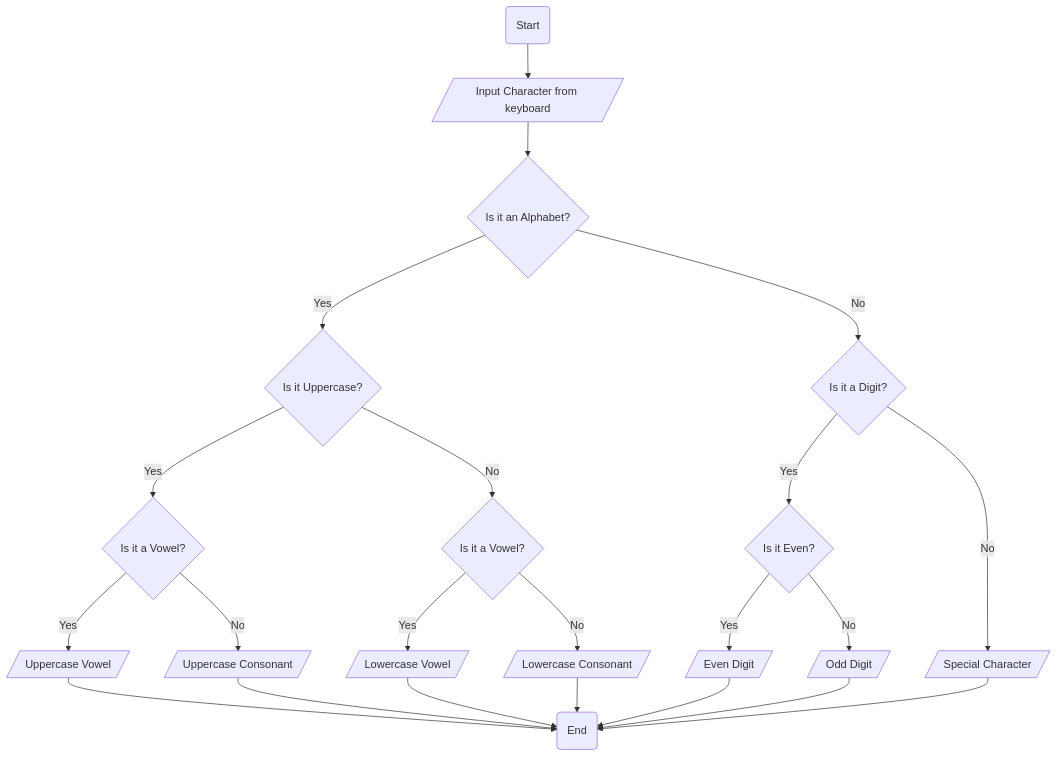
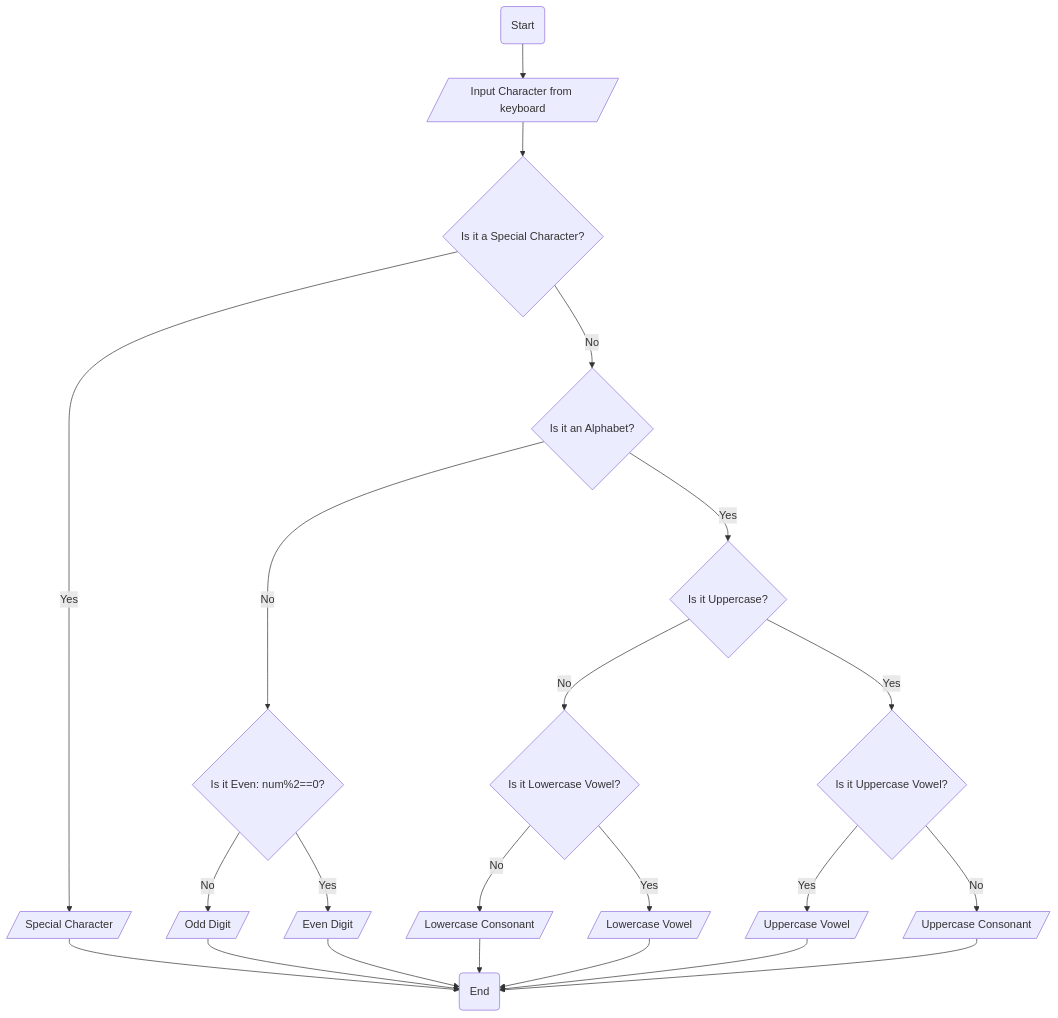
The diagram in ETS1343_15_WENDMAGEGN_TAJURA/Activity_3.1/A_3.1.3/Character_Checker.md (SWEG-2015EC-Batch/Code-Warrior), drawn with Mermaid before and after one commit.

````diff
--- a/ETS1343_15_WENDMAGEGN_TAJURA/Activity_3.1/A_3.1.3/Character_Checker.md
+++ b/ETS1343_15_WENDMAGEGN_TAJURA/Activity_3.1/A_3.1.3/Character_Checker.md
@@ -4,24 +4,24 @@
 ```mermaid
 graph TD
 A(Start) --> B[/Input Character from keyboard/]
-B --> C{Is it an Alphabet?}
-C -- Yes --> D{Is it Uppercase?}
-D -- Yes --> E{Is it a Vowel?}
-E -- Yes --> F[/Uppercase Vowel/]
-E -- No --> G[/Uppercase Consonant/]
-D -- No --> H{Is it a Vowel?}
-H -- Yes --> I[/Lowercase Vowel/]
-H -- No --> J[/Lowercase Consonant/]
-C -- No --> K{Is it a Digit?}
-K -- Yes --> L{Is it Even?}
-L -- Yes --> M[/Even Digit/]
-L -- No --> N[/Odd Digit/]
-K -- No --> O[/Special Character/]
-F --> Q(End)
-G --> Q
-I --> Q
-J --> Q
-M --> Q
-N --> Q
-O --> Q
+B --> C{Is it a Special Character?}
+C -- Yes --> D[/Special Character/]
+C -- No --> E{Is it an Alphabet?}
+E -- Yes --> F{Is it Uppercase?}
+F -- Yes --> K{Is it Uppercase Vowel?}
+K -- Yes --> N[/Uppercase Vowel/]
+K -- No --> O[/Uppercase Consonant/]
+F -- No --> J{Is it Lowercase Vowel?}
+J -- Yes --> M[/Lowercase Vowel/]
+J -- No --> L[/Lowercase Consonant/]
+E -- No --> G{Is it Even: num%2==0?}
+G -- Yes --> I[/Even Digit/]
+G -- No --> H[/Odd Digit/]
+D --> P(End)
+H --> P
+I --> P
+L --> P
+M --> P
+N --> P
+O --> P
 ```
````
